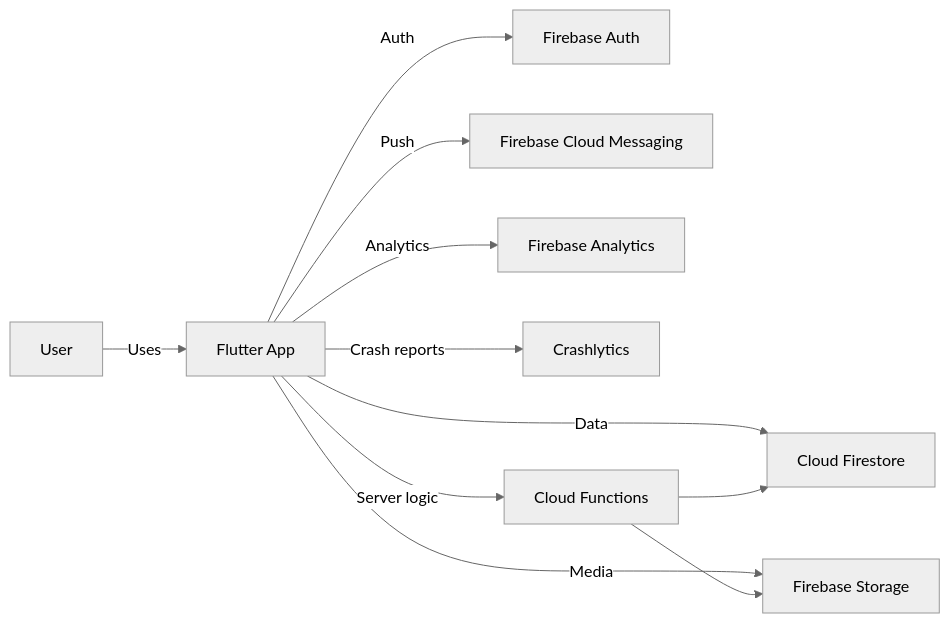
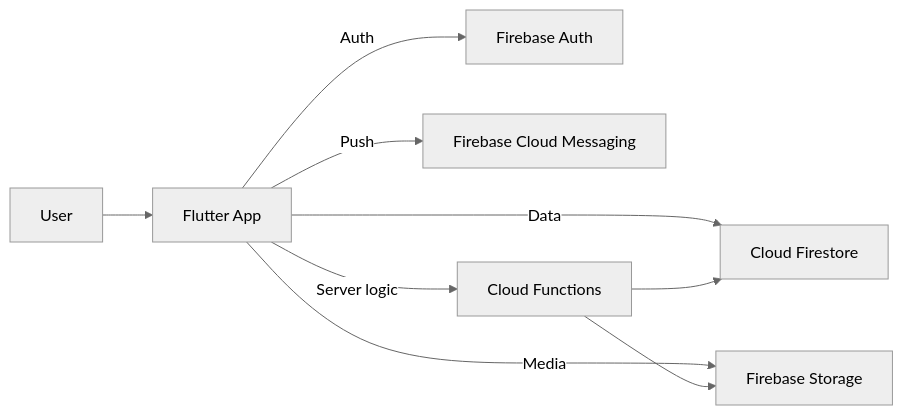
One commit to Almichot-1/p2p-delivery-platform changed the first of 4 diagrams in README.md. Above: the diagram before and after it, drawn with Mermaid (neutral theme). The commit also changed other lines of this file, not shown here.

````diff
--- a/README.md
+++ b/README.md
@@ -63,13 +93,11 @@
 ```mermaid
 flowchart LR
-	U[User] -->|Uses| A[Flutter App]
-	A -->|Auth| FA[Firebase Auth]
-	A -->|Data| FS[Cloud Firestore]
-	A -->|Media| ST[Firebase Storage]
-	A -->|Push| FCM[Firebase Cloud Messaging]
-	A -->|Analytics| FAN[Firebase Analytics]
-	A -->|Crash reports| FC[Crashlytics]
-	A -->|Server logic| CF[Cloud Functions]
-	CF --> FS
-	CF --> ST
+  U[User] --> A[Flutter App]
+  A -->|Auth| FA[Firebase Auth]
+  A -->|Data| DB[Cloud Firestore]
+  A -->|Media| ST[Firebase Storage]
+  A -->|Push| FCM[Firebase Cloud Messaging]
+  A -->|Server logic| CF[Cloud Functions]
+  CF --> DB
+  CF --> ST
 ```
````
